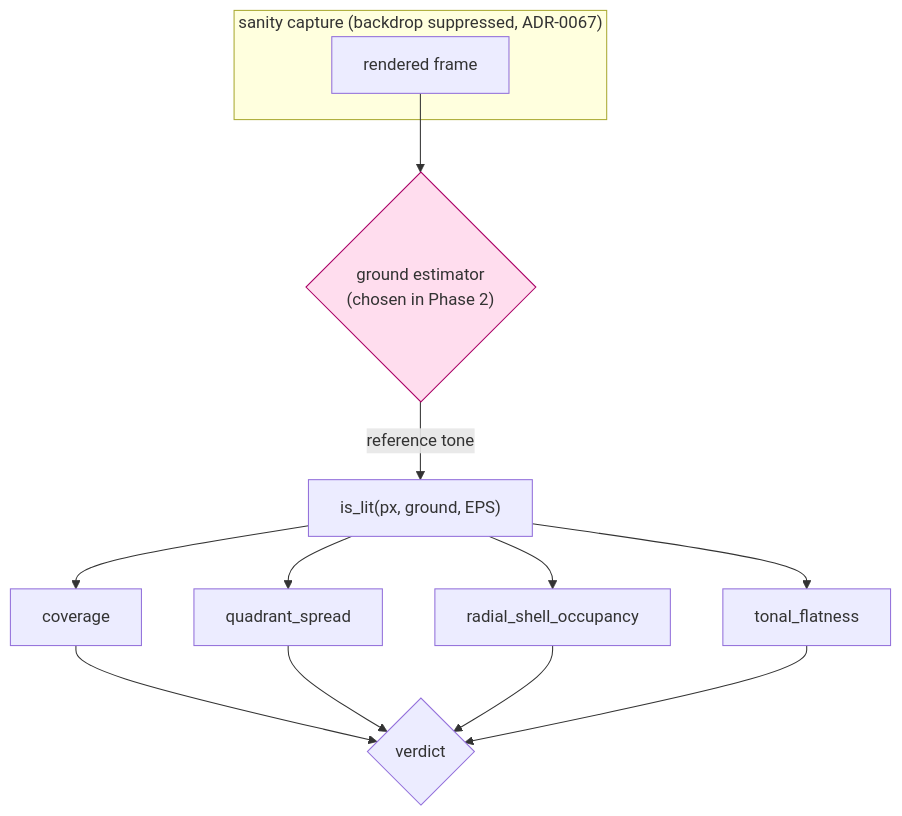
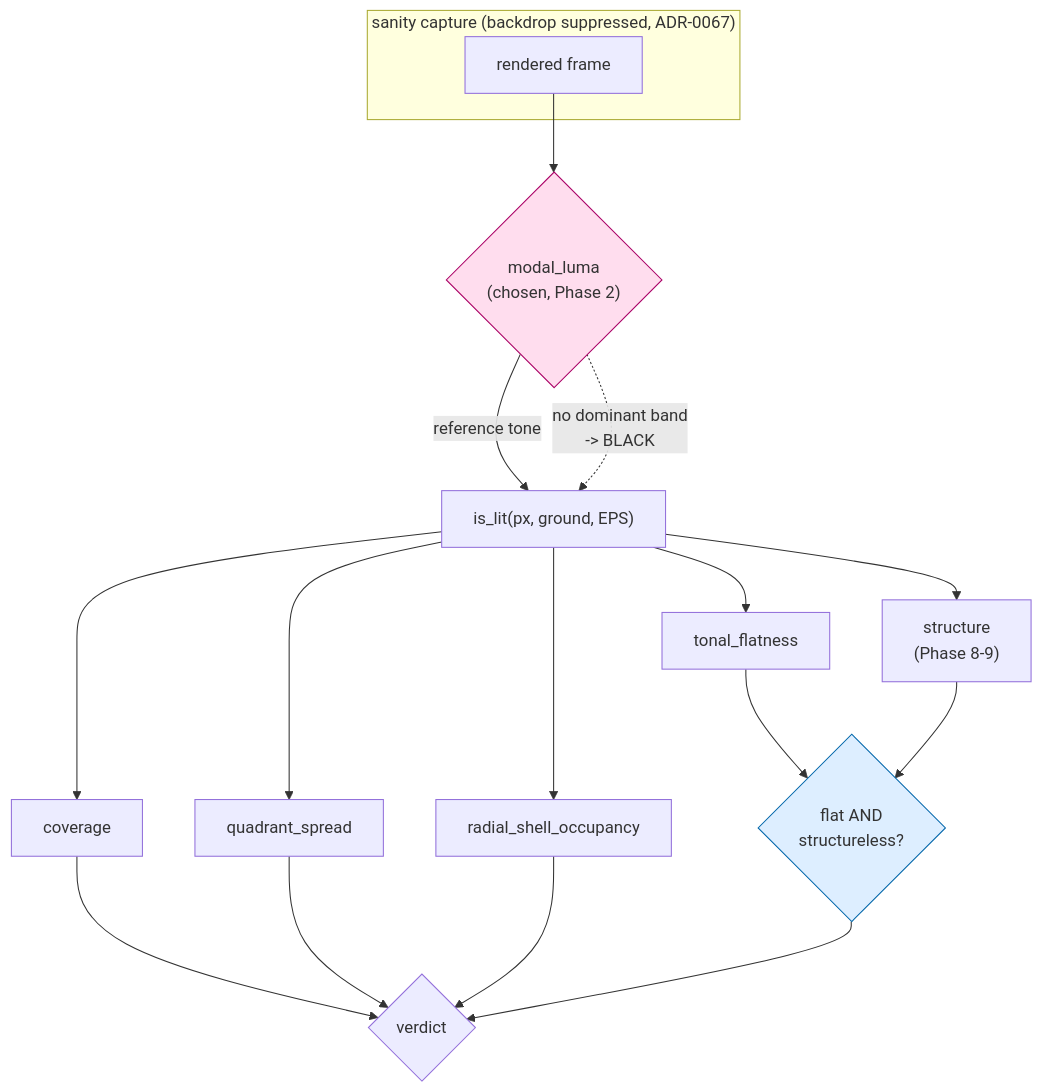
One commit to IgorKonovalov/Ritmolux changed the diagram in docs/plans/0116-the-sanity-lens-finds-the-ground.md. Above: the diagram before and after it, drawn with Mermaid. The commit also changed other lines of this file and 4 other files, not shown here.

First line of the commit message:
docs(plans): plan 0116 phase 2 gate - modal_luma chosen, phases 8-9 added

````diff
--- a/docs/plans/0116-the-sanity-lens-finds-the-ground.md
+++ b/docs/plans/0116-the-sanity-lens-finds-the-ground.md
@@ -143,17 +275,22 @@
 ```mermaid
 flowchart TD
     subgraph capture["sanity capture (backdrop suppressed, ADR-0067)"]
         F[rendered frame]
     end
-    F --> E{"ground estimator<br/>(chosen in Phase 2)"}
+    F --> E{"modal_luma<br/>(chosen, Phase 2)"}
     E -->|"reference tone"| L["is_lit(px, ground, EPS)"]
+    E -.->|"no dominant band<br/>-> BLACK"| L
     L --> C[coverage]
     L --> Q[quadrant_spread]
     L --> S[radial_shell_occupancy]
     L --> T[tonal_flatness]
+    L --> X["structure<br/>(Phase 8-9)"]
     C --> V{verdict}
     Q --> V
     S --> V
-    T --> V
+    T --> A{"flat AND<br/>structureless?"}
+    X --> A
+    A --> V
     style E fill:#fde,stroke:#a06
+    style A fill:#def,stroke:#06a
 ```
````
